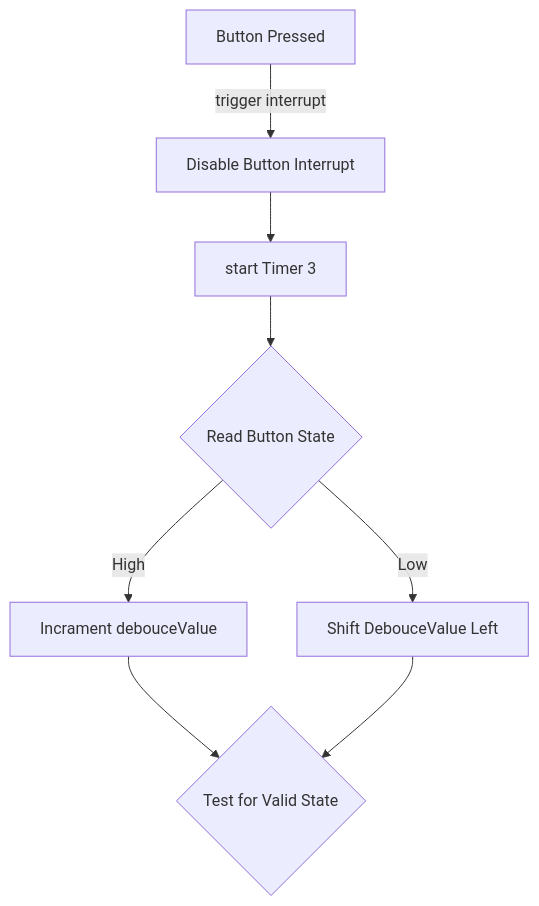
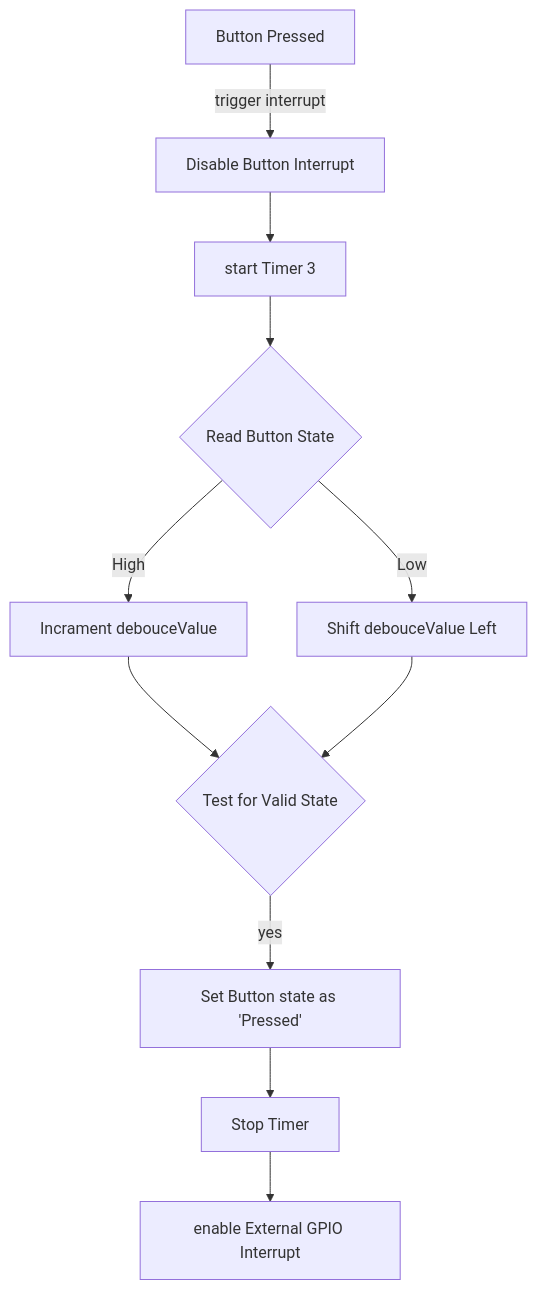
The diagram in week-three/readme.md (graeme-gets/making-embedded-projects), drawn with Mermaid before and after one commit. The commit also changed other lines of this file and 5 other files, not shown here.

````diff
--- a/week-three/readme.md
+++ b/week-three/readme.md
@@ -89,11 +111,10 @@
 ```mermaid
 graph 
-
     A[Button Pressed] -->|trigger interrupt| B[Disable Button Interrupt]
     --> C[start Timer 3]
     --> D{Read Button State}
     D--> |High| E[Incrament debouceValue]
-    D--> |Low | F[Shift DebouceValue Left]
-    E--> G{Test for Valid State}
-    F--> G
+    D--> |Low | F[Shift debouceValue Left]
+    E--> G{Test for Valid State} 
+    F--> G --> |yes|H[Set Button state as 'Pressed' ] --> I[Stop Timer] --> J[enable External GPIO Interrupt]
 ```
````
